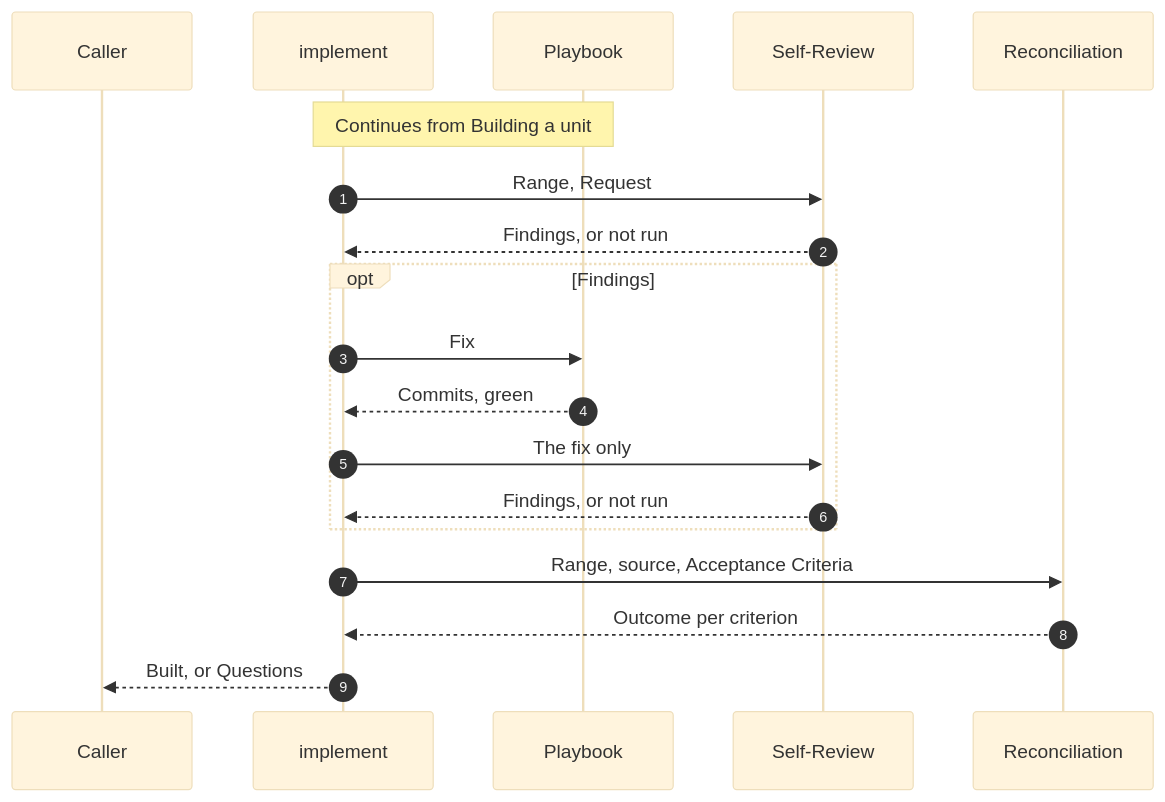
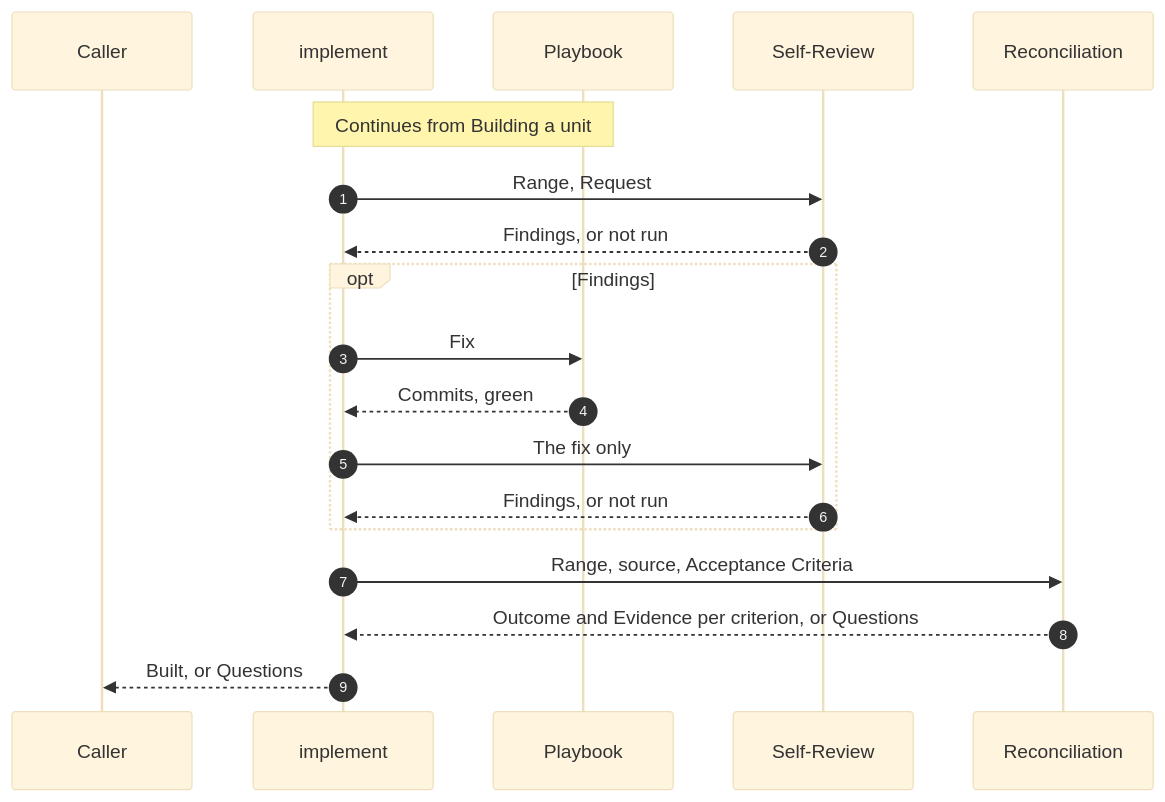
One commit to maro114510/skills changed the third of 3 diagrams in docs/design/implement.md. Above: the diagram before and after it, drawn with Mermaid (base theme). The commit also changed other lines of this file, not shown here.

Commit message:
docs(implement): return Evidence and Questions from Reconciliation, and close two Lock and observation gaps

````diff
--- a/docs/design/implement.md
+++ b/docs/design/implement.md
@@ -101,21 +101,21 @@
 ```mermaid
 sequenceDiagram
     autonumber
     participant K as Caller
     participant I as implement
     participant PB as Playbook
     participant SR as Self-Review
     participant RC as Reconciliation
     Note over I,PB: Continues from Building a unit
     I->>SR: Range, Request
     SR-->>I: Findings, or not run
     opt Findings
         I->>PB: Fix
         PB-->>I: Commits, green
         I->>SR: The fix only
         SR-->>I: Findings, or not run
     end
     I->>RC: Range, source, Acceptance Criteria
-    RC-->>I: Outcome per criterion
+    RC-->>I: Outcome and Evidence per criterion, or Questions
     I-->>K: Built, or Questions
 ```
````
